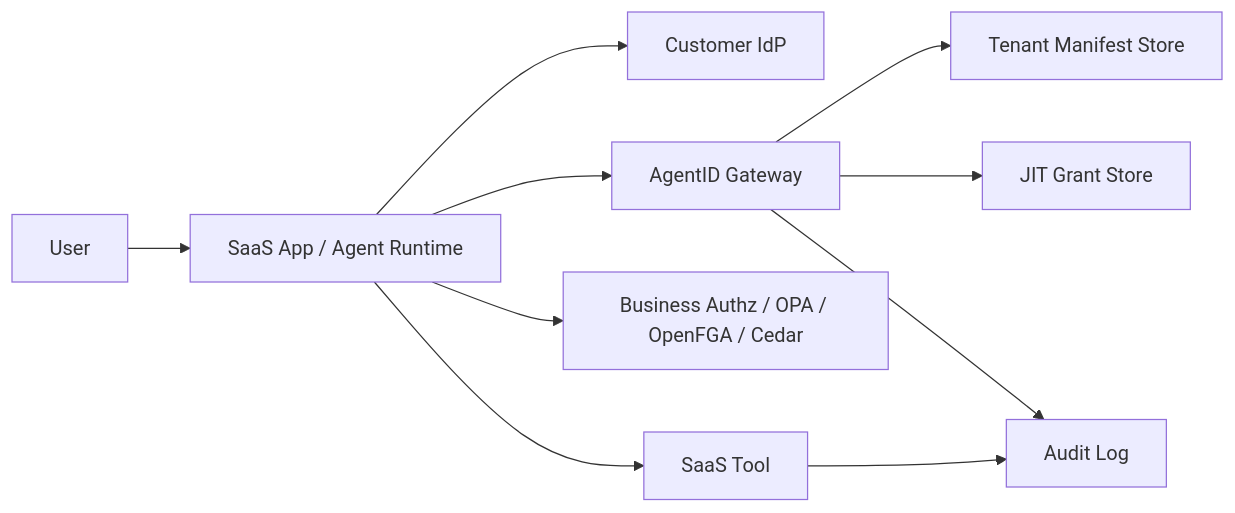
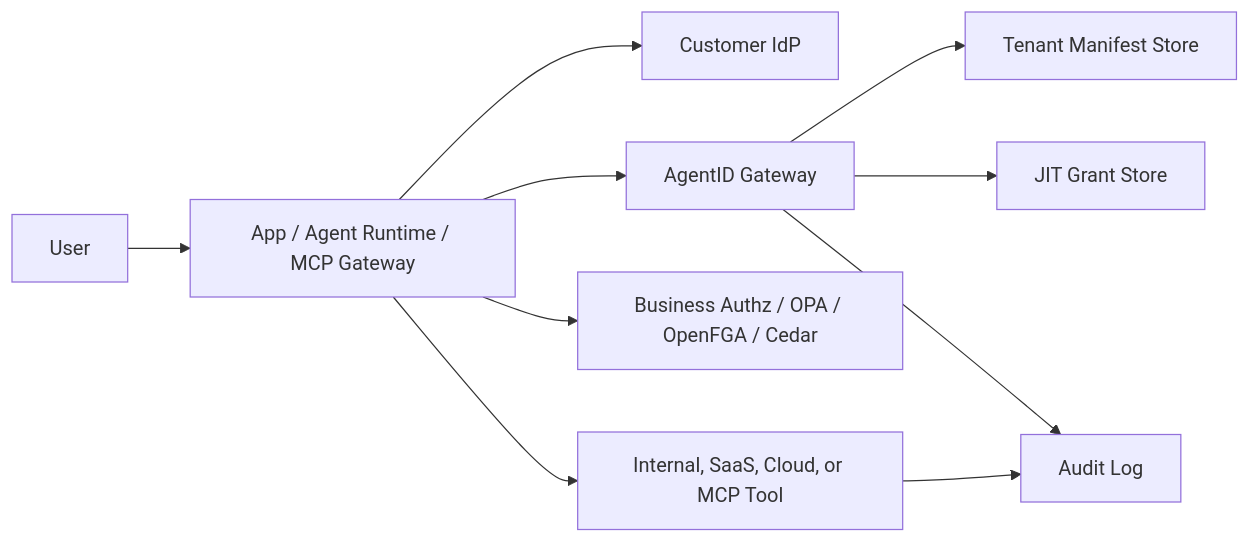
The diagram in docs/integration-patterns.md (dinpd/AgentAction), drawn with Mermaid before and after one commit. The commit also changed other lines of this file and 8 other files, not shown here.

````diff
--- a/docs/integration-patterns.md
+++ b/docs/integration-patterns.md
@@ -15,22 +15,22 @@
 ```mermaid
 flowchart LR
     User["User"]
-    App["SaaS App / Agent Runtime"]
+    App["App / Agent Runtime / MCP Gateway"]
     IdP["Customer IdP"]
     AgentID["AgentID Gateway"]
     Manifest["Tenant Manifest Store"]
     JIT["JIT Grant Store"]
     Authz["Business Authz / OPA / OpenFGA / Cedar"]
-    Tool["SaaS Tool"]
+    Tool["Internal, SaaS, Cloud, or MCP Tool"]
     Audit["Audit Log"]
 
     User --> App
     App --> IdP
     App --> AgentID
     AgentID --> Manifest
     AgentID --> JIT
     AgentID --> Audit
     App --> Authz
     App --> Tool
     Tool --> Audit
 ```
````
